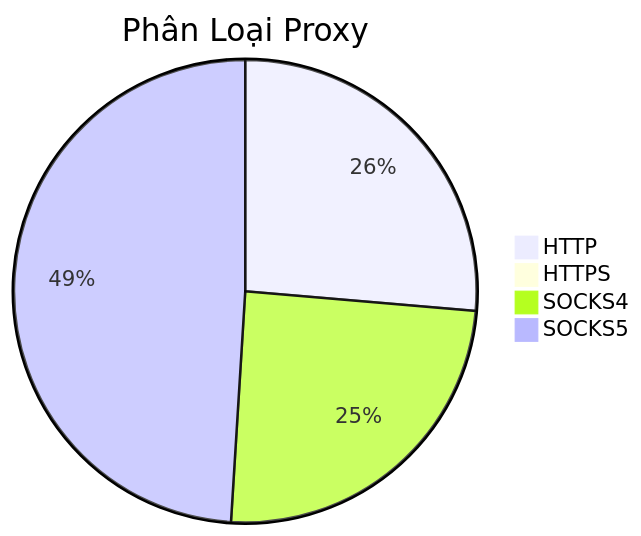
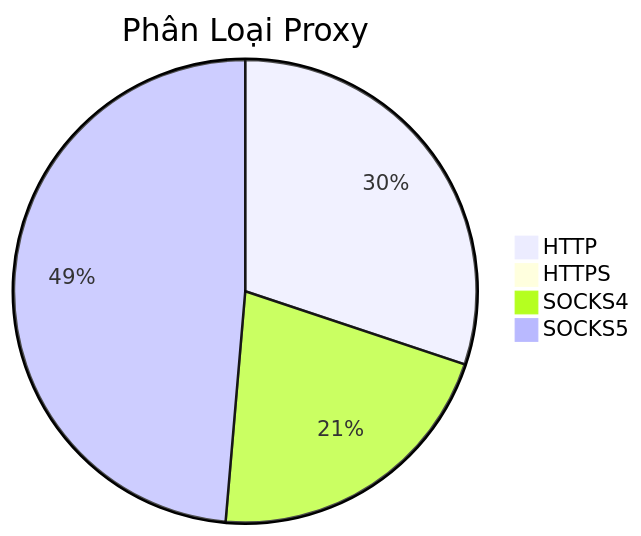
The diagram in README.md (Ciara-Aa/PROXY-free), drawn with Mermaid before and after one commit. The commit also changed other lines of this file and 3 other files, not shown here.

````diff
--- a/README.md
+++ b/README.md
@@ -26,7 +26,7 @@
 ```mermaid
 pie title Phân Loại Proxy
-    "HTTP" : 228
+    "HTTP" : 278
     "HTTPS" : 0
-    "SOCKS4" : 213
-    "SOCKS5" : 424
+    "SOCKS4" : 196
+    "SOCKS5" : 449
 ```
````
